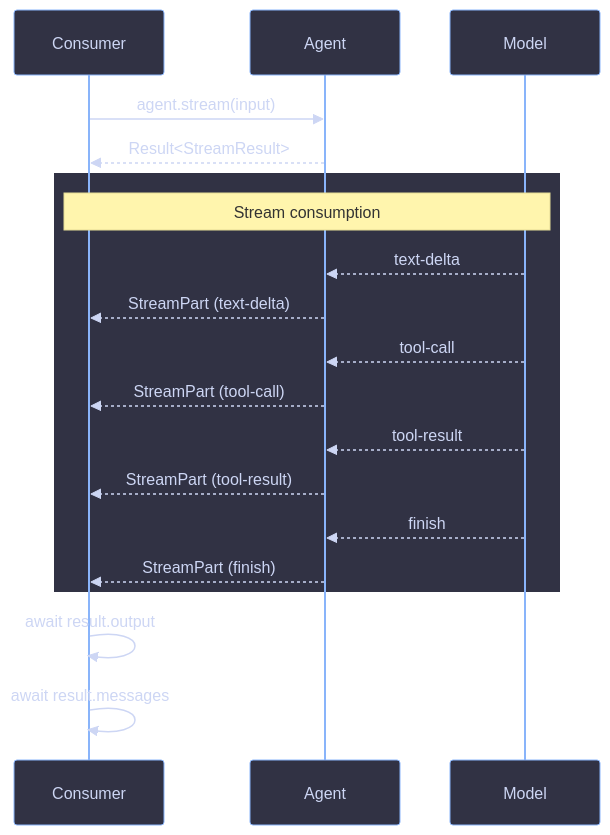
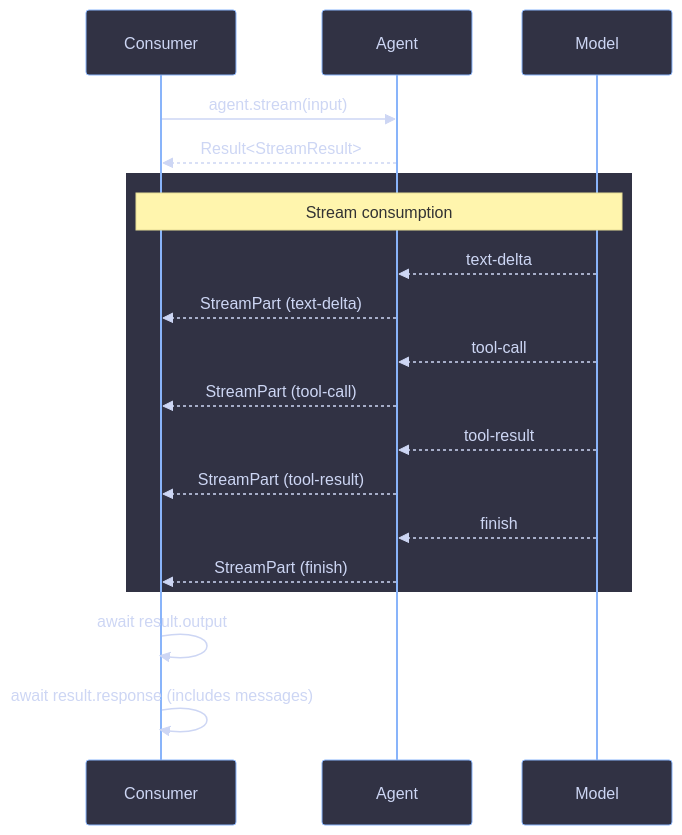
The diagram in packages/agents/docs/streaming.md (joggrdocs/funkai), drawn with Mermaid before and after one commit. The commit also changed other lines of this file and 56 other files, not shown here.

````diff
--- a/packages/agents/docs/streaming.md
+++ b/packages/agents/docs/streaming.md
@@ -7,40 +7,40 @@
 ```mermaid
 %%{init: {
   'theme': 'base',
   'themeVariables': {
     'primaryColor': '#313244',
     'primaryTextColor': '#cdd6f4',
     'primaryBorderColor': '#6c7086',
     'lineColor': '#89b4fa',
     'secondaryColor': '#45475a',
     'tertiaryColor': '#1e1e2e',
     'actorBkg': '#313244',
     'actorBorder': '#89b4fa',
     'actorTextColor': '#cdd6f4',
     'signalColor': '#cdd6f4',
     'signalTextColor': '#cdd6f4'
   }
 }}%%
 sequenceDiagram
     participant C as Consumer
     participant A as Agent
     participant M as Model
 
     C->>A: agent.stream(input)
     A-->>C: Result<StreamResult>
 
     rect rgb(49, 50, 68)
         Note over C,M: Stream consumption
         M-->>A: text-delta
         A-->>C: StreamPart (text-delta)
         M-->>A: tool-call
         A-->>C: StreamPart (tool-call)
         M-->>A: tool-result
         A-->>C: StreamPart (tool-result)
         M-->>A: finish
         A-->>C: StreamPart (finish)
     end
 
     C->>C: await result.output
-    C->>C: await result.messages
+    C->>C: await result.response (includes messages)
 ```
````
